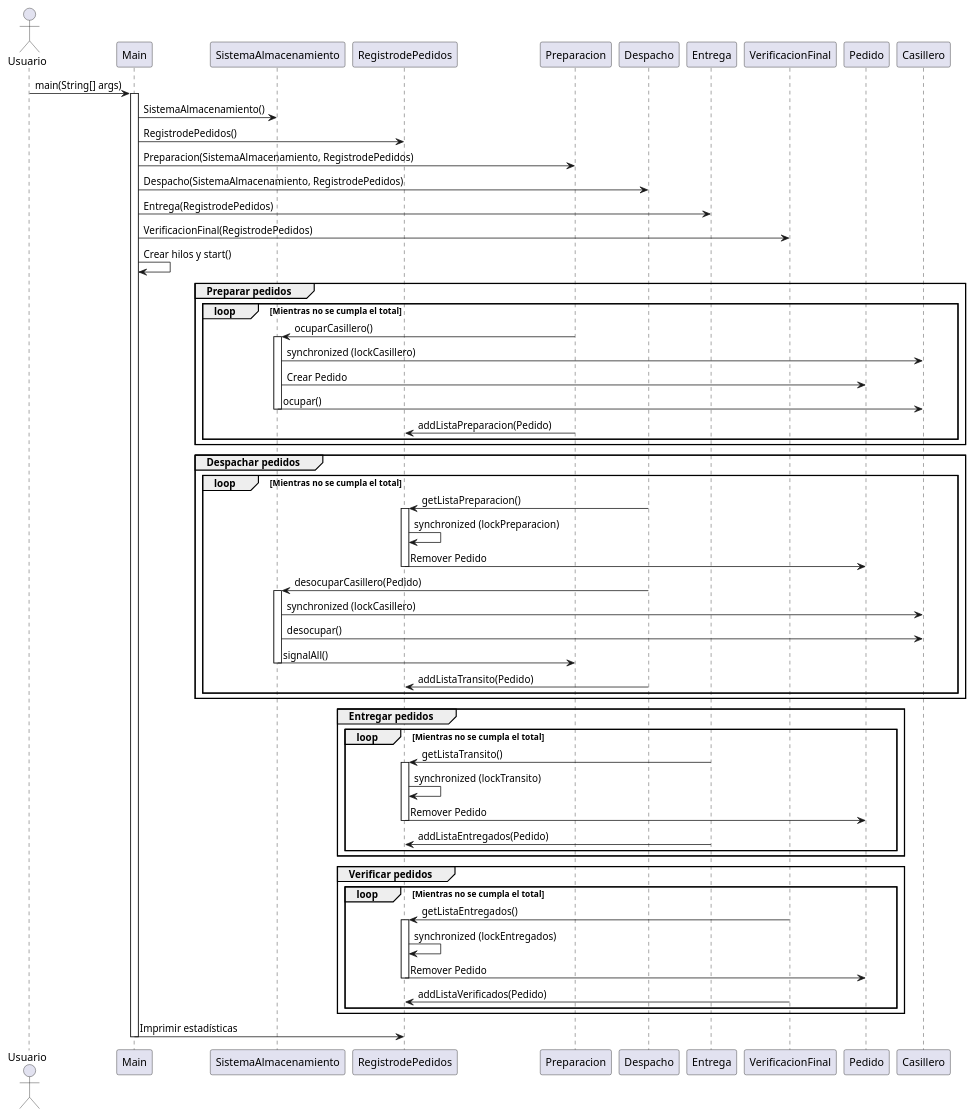
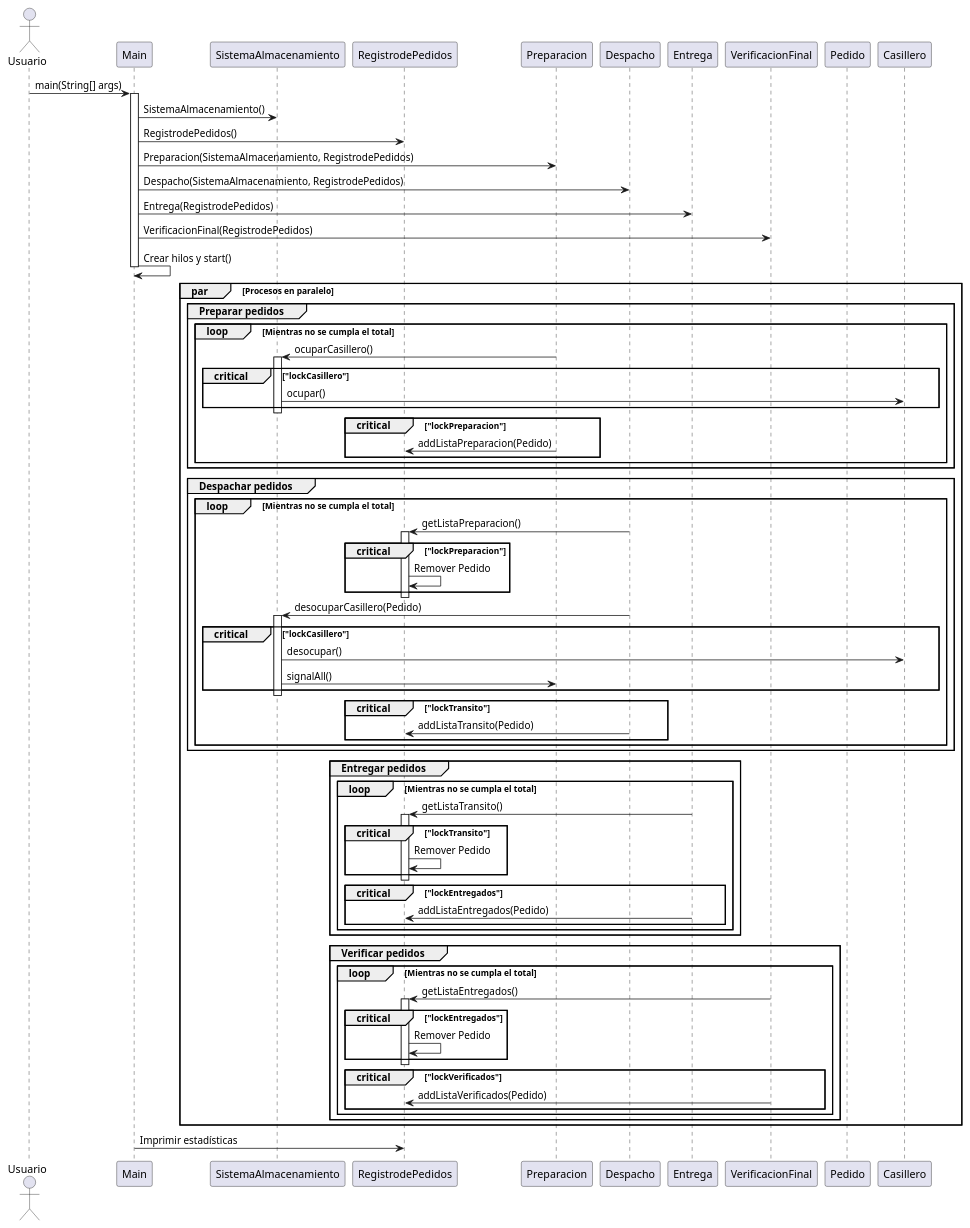
The diagram in DiagramaSecuencia.puml (Fede108/tp1), drawn with PlantUML before and after one commit.

Commit message:
diagrama de secuencias con bloques par y critical

```diff
--- a/DiagramaSecuencia.puml
+++ b/DiagramaSecuencia.puml
@@ -1,79 +1,99 @@
 @startuml
 actor Usuario as U
 
 participant Main
 participant SistemaAlmacenamiento
 participant RegistrodePedidos
 participant Preparacion
 participant Despacho
 participant Entrega
 participant VerificacionFinal
 participant Pedido
 participant Casillero
 
 U -> Main: main(String[] args)
 activate Main
 Main -> SistemaAlmacenamiento: SistemaAlmacenamiento()
 Main -> RegistrodePedidos: RegistrodePedidos()
 Main -> Preparacion: Preparacion(SistemaAlmacenamiento, RegistrodePedidos)
 Main -> Despacho: Despacho(SistemaAlmacenamiento, RegistrodePedidos)
 Main -> Entrega: Entrega(RegistrodePedidos)
 Main -> VerificacionFinal: VerificacionFinal(RegistrodePedidos)
 
 Main -> Main: Crear hilos y start()
+deactivate Main
 
-group Preparar pedidos
-    loop Mientras no se cumpla el total
-        Preparacion -> SistemaAlmacenamiento: ocuparCasillero()
-        activate SistemaAlmacenamiento
-        SistemaAlmacenamiento -> Casillero: synchronized (lockCasillero)
-        SistemaAlmacenamiento -> Pedido: Crear Pedido
-        SistemaAlmacenamiento -> Casillero: ocupar()
-        deactivate SistemaAlmacenamiento
-        Preparacion -> RegistrodePedidos: addListaPreparacion(Pedido)
-    end
-end
+par Procesos en paralelo
 
-group Despachar pedidos
-    loop Mientras no se cumpla el total
-        Despacho -> RegistrodePedidos: getListaPreparacion()
-        activate RegistrodePedidos
-        RegistrodePedidos -> RegistrodePedidos: synchronized (lockPreparacion)
-        RegistrodePedidos -> Pedido: Remover Pedido
-        deactivate RegistrodePedidos
-        Despacho -> SistemaAlmacenamiento: desocuparCasillero(Pedido)
-        activate SistemaAlmacenamiento
-        SistemaAlmacenamiento -> Casillero: synchronized (lockCasillero)
-        SistemaAlmacenamiento -> Casillero: desocupar()
-        SistemaAlmacenamiento -> Preparacion: signalAll()
-        deactivate SistemaAlmacenamiento
-        Despacho -> RegistrodePedidos: addListaTransito(Pedido)
-    end
-end
+    group Preparar pedidos
+        loop Mientras no se cumpla el total
+            Preparacion -> SistemaAlmacenamiento: ocuparCasillero()
+            activate SistemaAlmacenamiento
+            critical "lockCasillero"
+                SistemaAlmacenamiento -> Casillero: ocupar()
+            end critical
+            deactivate SistemaAlmacenamiento
 
-group Entregar pedidos
-    loop Mientras no se cumpla el total
-        Entrega -> RegistrodePedidos: getListaTransito()
-        activate RegistrodePedidos
-        RegistrodePedidos -> RegistrodePedidos: synchronized (lockTransito)
-        RegistrodePedidos -> Pedido: Remover Pedido
-        deactivate RegistrodePedidos
-        Entrega -> RegistrodePedidos: addListaEntregados(Pedido)
-    end
-end
+            critical "lockPreparacion"
+                Preparacion -> RegistrodePedidos: addListaPreparacion(Pedido)
+            end critical
+        end
+    end group
 
-group Verificar pedidos
-    loop Mientras no se cumpla el total
-        VerificacionFinal -> RegistrodePedidos: getListaEntregados()
-        activate RegistrodePedidos
-        RegistrodePedidos -> RegistrodePedidos: synchronized (lockEntregados)
-        RegistrodePedidos -> Pedido: Remover Pedido
-        deactivate RegistrodePedidos
-        VerificacionFinal -> RegistrodePedidos: addListaVerificados(Pedido)
-    end
-end
+    group Despachar pedidos
+        loop Mientras no se cumpla el total
+            Despacho -> RegistrodePedidos: getListaPreparacion()
+            activate RegistrodePedidos
+            critical "lockPreparacion"
+                RegistrodePedidos -> RegistrodePedidos: Remover Pedido
+            end critical
+            deactivate RegistrodePedidos
+
+            Despacho -> SistemaAlmacenamiento: desocuparCasillero(Pedido)
+            activate SistemaAlmacenamiento
+            critical "lockCasillero"
+                SistemaAlmacenamiento -> Casillero: desocupar()
+                SistemaAlmacenamiento -> Preparacion: signalAll()
+            end critical
+            deactivate SistemaAlmacenamiento
+
+            critical "lockTransito"
+                Despacho -> RegistrodePedidos: addListaTransito(Pedido)
+            end critical
+        end
+    end group
+
+    group Entregar pedidos
+        loop Mientras no se cumpla el total
+            Entrega -> RegistrodePedidos: getListaTransito()
+            activate RegistrodePedidos
+            critical "lockTransito"
+                RegistrodePedidos -> RegistrodePedidos: Remover Pedido
+            end critical
+            deactivate RegistrodePedidos
+
+            critical "lockEntregados"
+                Entrega -> RegistrodePedidos: addListaEntregados(Pedido)
+            end critical
+        end
+    end group
+
+    group Verificar pedidos
+        loop Mientras no se cumpla el total
+            VerificacionFinal -> RegistrodePedidos: getListaEntregados()
+            activate RegistrodePedidos
+            critical "lockEntregados"
+                RegistrodePedidos -> RegistrodePedidos: Remover Pedido
+            end critical
+            deactivate RegistrodePedidos
+
+            critical "lockVerificados"
+                VerificacionFinal -> RegistrodePedidos: addListaVerificados(Pedido)
+            end critical
+        end
+    end group
+
+end par
 
 Main -> RegistrodePedidos: Imprimir estadísticas
-deactivate Main
-
 @enduml
```
